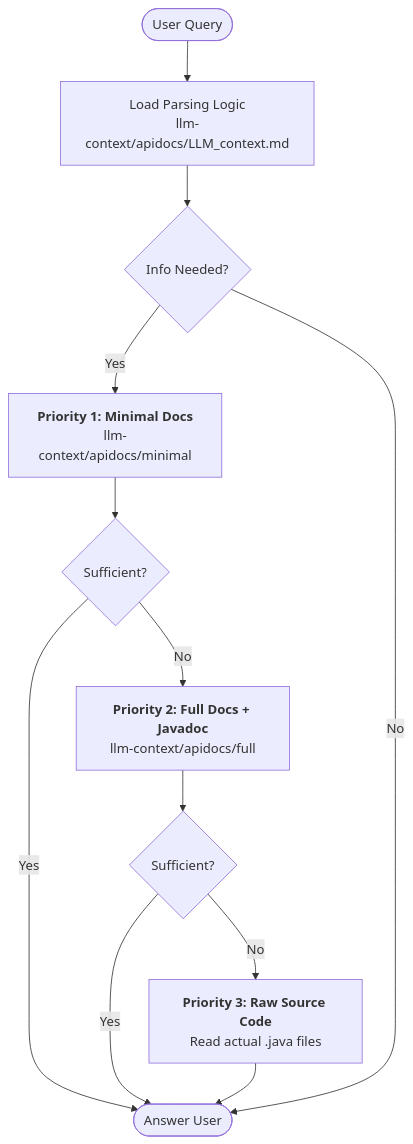
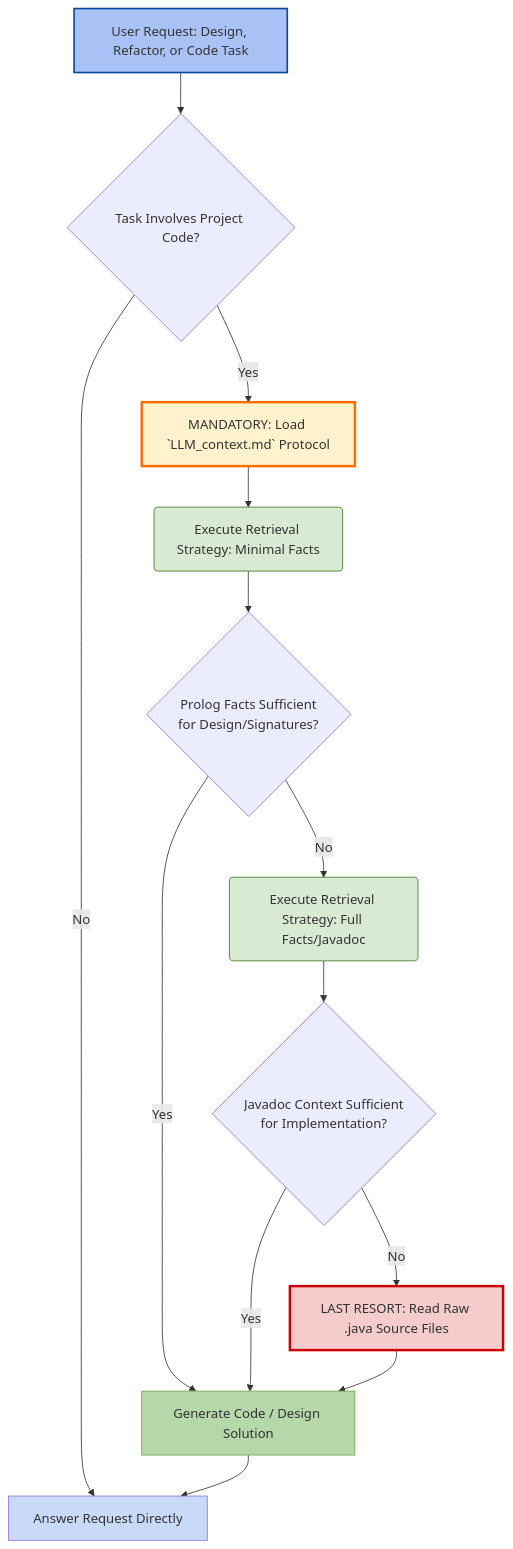
One commit to grimch/logidoclet changed the diagram in src/main/resources/master_LLM_context_template.md. Above: the diagram before and after it, drawn with Mermaid. The commit also changed other lines of this file and 2 other files, not shown here.

Commit message:
revised metadata .md files for re-enforcement

````diff
--- a/src/main/resources/master_LLM_context_template.md
+++ b/src/main/resources/master_LLM_context_template.md
@@ -15,14 +22,31 @@
 ```mermaid
-graph TD
-    Start([User Query]) --> Init[Load Parsing Logic<br>llm-context/apidocs/LLM_context.md]
-    Init --> Check{Info Needed?}
-    Check -- Yes --> Min[<b>Priority 1: Minimal Docs</b><br>llm-context/apidocs/minimal]
-    Min --> Suff{Sufficient?}
-    Suff -- Yes --> Answer([Answer User])
-    Suff -- No --> Full[<b>Priority 2: Full Docs + Javadoc</b><br>llm-context/apidocs/full]
-    Full --> Suff2{Sufficient?}
-    Suff2 -- Yes --> Answer
-    Suff2 -- No --> Source[<b>Priority 3: Raw Source Code</b><br>Read actual .java files]
-    Source --> Answer
-    Check -- No --> Answer
+flowchart TD
+A[User Request: Design, Refactor, or Code Task] --> B{Task Involves Project Code?}
+
+    B -- No --> End[Answer Request Directly]
+    
+    B -- Yes --> C[MANDATORY: Load `LLM_context.md` Protocol]
+    C --> D(Execute Retrieval Strategy: Minimal Facts)
+    
+    D --> E{Prolog Facts Sufficient<br/> for Design/Signatures?}
+    
+    E -- Yes --> F[Generate Code / Design Solution]
+    E -- No --> G(Execute Retrieval Strategy: Full Facts/Javadoc)
+    
+    G --> H{Javadoc Context Sufficient<br/> for Implementation?}
+    
+    H -- Yes --> F
+    
+    H -- No --> I[LAST RESORT: Read Raw .java Source Files]
+    I --> F
+    
+    F --> End
+    
+    style A fill:#a9c2f6,stroke:#0d47a1,stroke-width:2px
+    style C fill:#fff2cc,stroke:#ff6f00,stroke-width:3px
+    style D fill:#d9ead3,stroke:#38761d
+    style G fill:#d9ead3,stroke:#38761d
+    style I fill:#f4cccc,stroke:#cc0000,stroke-width:3px
+    style F fill:#b6d7a8,stroke:#6aa84f
+    style End fill:#c9daf8
 ```
````
